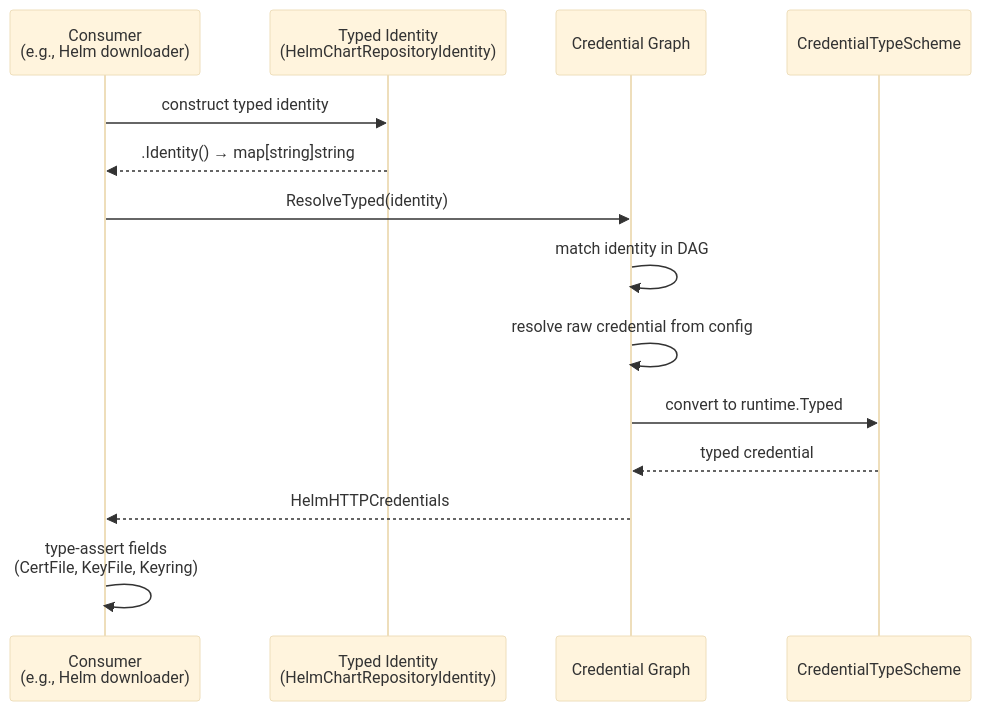
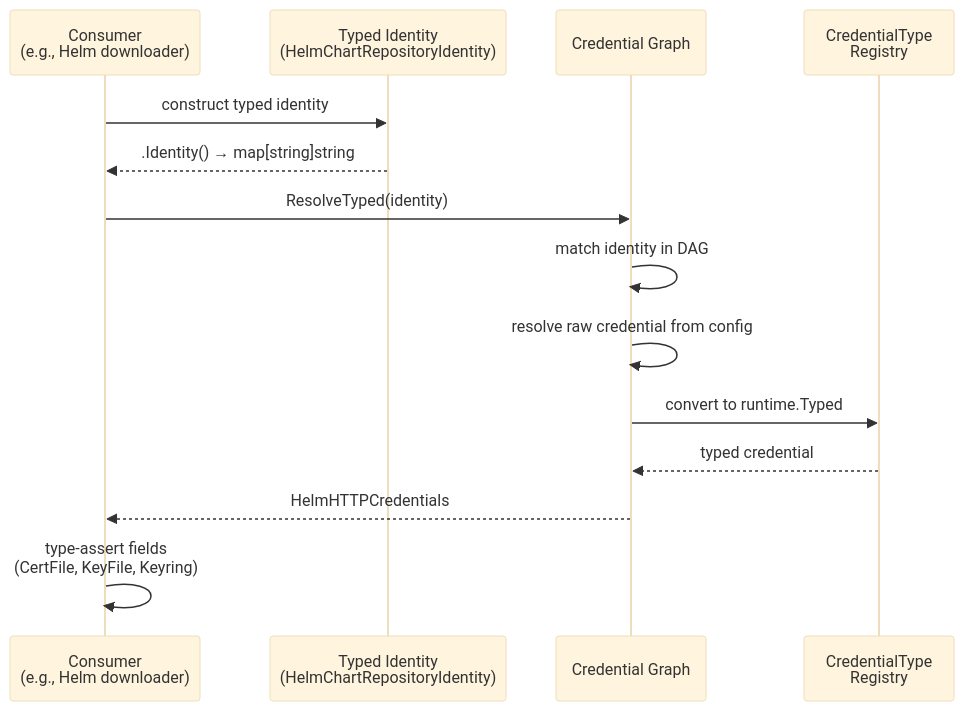
The first of 2 diagrams in docs/adr/0017_typed_credentials.md (open-component-model/open-component-model), drawn with Mermaid (base theme) before and after one commit. The commit also changed other lines of this file and 15 other files, not shown here.

First line of the commit message:
feat: add registries instead of manual schema setup

````diff
--- a/docs/adr/0017_typed_credentials.md
+++ b/docs/adr/0017_typed_credentials.md
@@ -126,17 +100,17 @@
 ```mermaid
 sequenceDiagram
     participant C as Consumer<br/>(e.g., Helm downloader)
     participant I as Typed Identity<br/>(HelmChartRepositoryIdentity)
     participant G as Credential Graph
-    participant S as CredentialTypeScheme
+    participant S as CredentialType<br/>Registry
 
     C->>I: construct typed identity
     I-->>C: .Identity() → map[string]string
     C->>G: ResolveTyped(identity)
     G->>G: match identity in DAG
     G->>G: resolve raw credential from config
     G->>S: convert to runtime.Typed
     S-->>G: typed credential
     G-->>C: HelmHTTPCredentials
     C->>C: type-assert fields<br/>(CertFile, KeyFile, Keyring)
 ```
````
